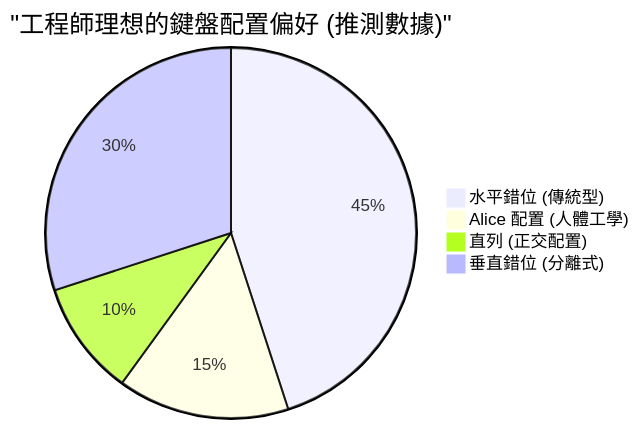
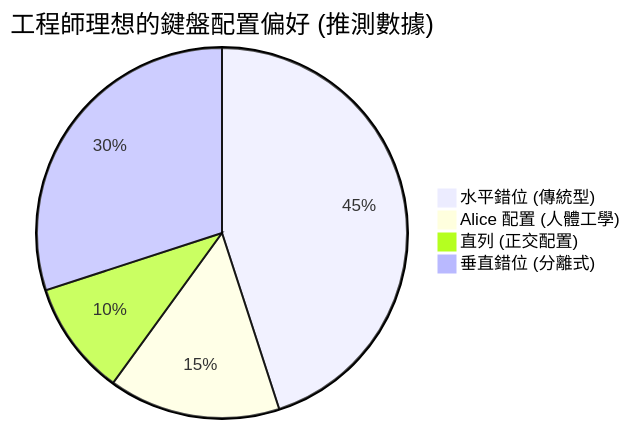
The third of 3 diagrams in content/post/mechanical_keyboards/index.zh-tw.md (kenjinote/blog), drawn with Mermaid before and after one commit. The commit also changed other lines of this file and 703 other files, not shown here.

Commit message:
Fix: Remove quotes from Mermaid link texts and timeline definitions to support Mermaid 11.4.1

````diff
--- a/content/post/mechanical_keyboards/index.zh-tw.md
+++ b/content/post/mechanical_keyboards/index.zh-tw.md
@@ -127,7 +127,7 @@
 ```mermaid
-pie title "工程師理想的鍵盤配置偏好 (推測數據)"
+pie title 工程師理想的鍵盤配置偏好 (推測數據)
     "水平錯位 (傳統型)" : 45
     "Alice 配置 (人體工學)" : 15
     "直列 (正交配置)" : 10
     "垂直錯位 (分離式)" : 30
 ```
````
